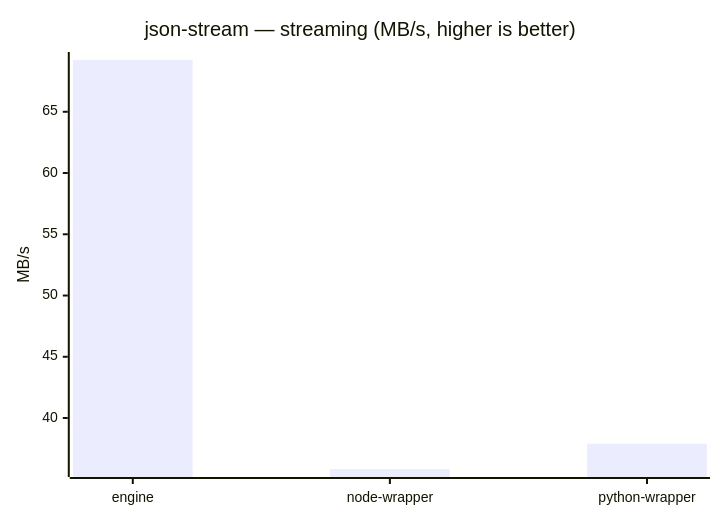
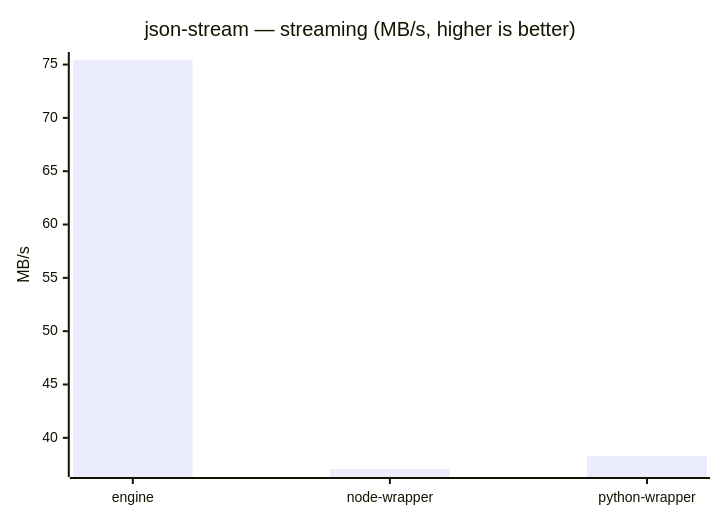
Diagram 13 of 23 in benchmarks/report/RESULTS.md (mulesoft/data-weave-cli), drawn with Mermaid before and after one commit. The commit also changed other lines of this file, not shown here.

````diff
--- a/benchmarks/report/RESULTS.md
+++ b/benchmarks/report/RESULTS.md
@@ -150,7 +150,7 @@
 ```mermaid
 xychart-beta
     title "json-stream — streaming (MB/s, higher is better)"
     x-axis ["engine", "node-wrapper", "python-wrapper"]
     y-axis "MB/s"
-    bar [69.226, 35.839, 37.904]
+    bar [75.428, 37.076, 38.315]
 ```
````
